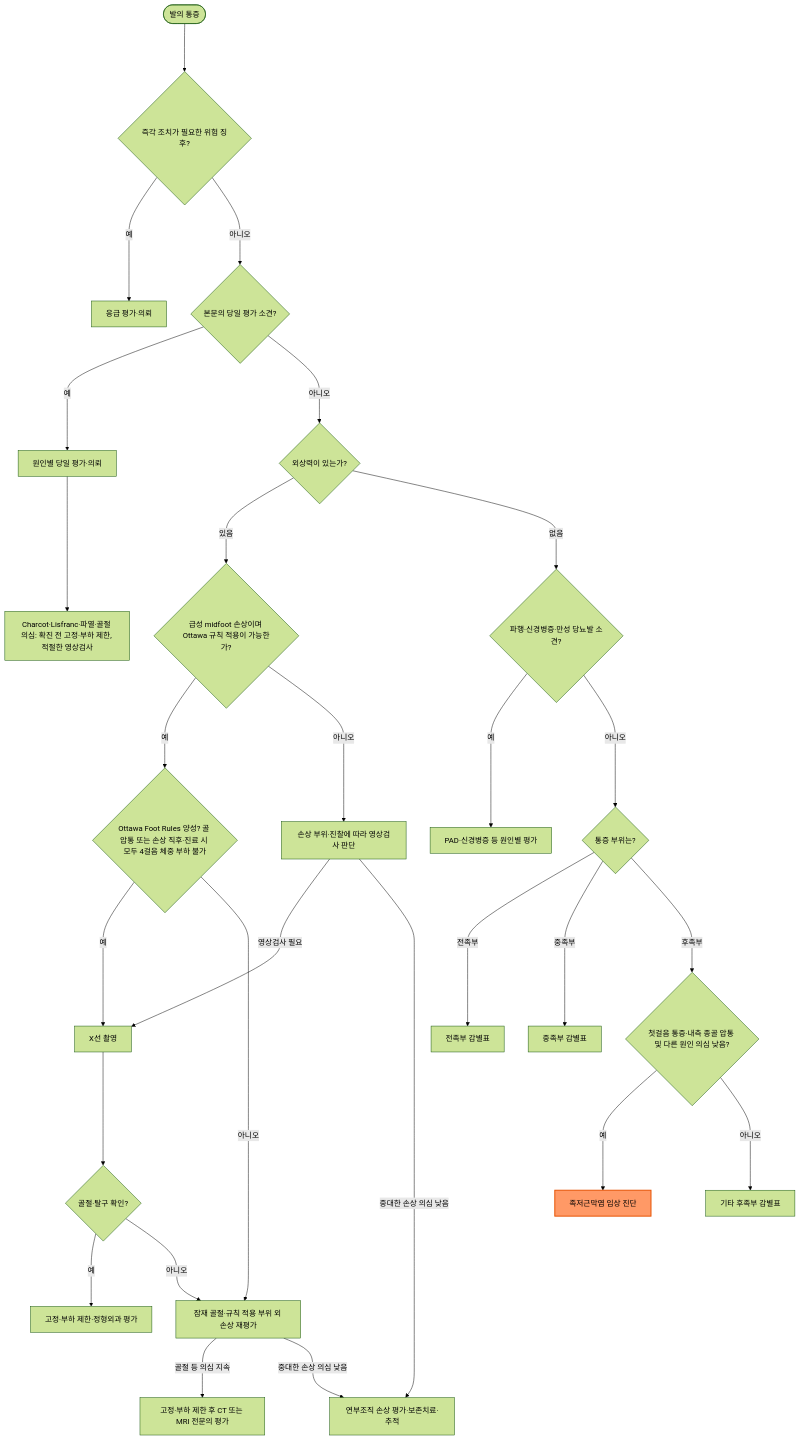
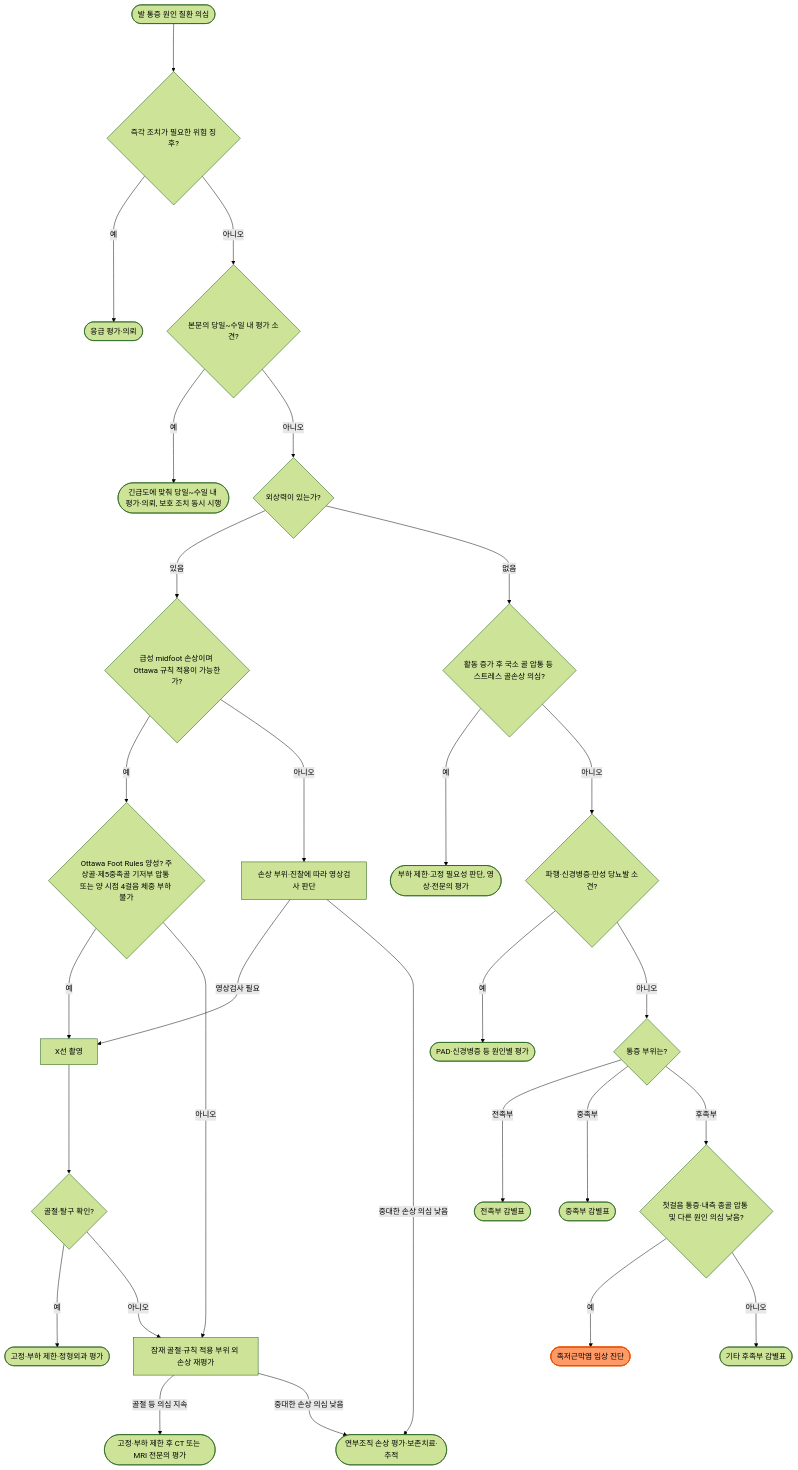
One commit to familyoh77/familyoh77 changed the diagram in 228_/146_-foot-pain.md. Above: the diagram before and after it, drawn with Mermaid (forest theme). The commit also changed other lines of this file and 7 other files, not shown here.

````diff
--- a/228_/146_-foot-pain.md
+++ b/228_/146_-foot-pain.md
@@ -221,30 +224,31 @@
 ```mermaid
 graph TD
-    Start(["발의 통증"]) ---> Red{"즉각 조치가 필요한 위험 징후?"}
-    Red -- 예 ---> Urgent["응급 평가·의뢰"]
-    Red -- 아니오 ---> Day{"본문의 당일 평가 소견?"}
-    Day -- 예 ---> DayCare["원인별 당일 평가·의뢰"]
-    DayCare ---> Protect["Charcot·Lisfranc·파열·골절 의심: 확진 전 고정·부하 제한, 적절한 영상검사"]
+    Start(["발 통증 원인 질환 의심"]) ---> Red{"즉각 조치가 필요한 위험 징후?"}
+    Red -- 예 ---> Urgent(["응급 평가·의뢰"])
+    Red -- 아니오 ---> Day{"본문의 당일~수일 내 평가 소견?"}
+    Day -- 예 ---> DayCare(["긴급도에 맞춰 당일~수일 내 평가·의뢰, 보호 조치 동시 시행"])
     Day -- 아니오 ---> Trauma{"외상력이 있는가?"}
     Trauma -- 있음 ---> TraumaEval{"급성 midfoot 손상이며 Ottawa 규칙 적용이 가능한가?"}
-    TraumaEval -- 예 ---> Ottawa{"Ottawa Foot Rules 양성? 골 압통 또는 손상 직후·진료 시 모두 4걸음 체중 부하 불가"}
+    TraumaEval -- 예 ---> Ottawa{"Ottawa Foot Rules 양성? 주상골·제5중족골 기저부 압통 또는 양 시점 4걸음 체중 부하 불가"}
     Ottawa -- 예 ---> XR["X선 촬영"]
     Ottawa -- 아니오 ---> Recheck["잠재 골절·규칙 적용 부위 외 손상 재평가"]
     TraumaEval -- 아니오 ---> Clinical["손상 부위·진찰에 따라 영상검사 판단"]
     Clinical -- 영상검사 필요 ---> XR
-    Clinical -- 중대한 손상 의심 낮음 ---> SoftTissue["연부조직 손상 평가·보존치료·추적"]
+    Clinical -- 중대한 손상 의심 낮음 ---> SoftTissue(["연부조직 손상 평가·보존치료·추적"])
     XR ---> XResult{"골절·탈구 확인?"}
-    XResult -- 예 ---> OrthoRef["고정·부하 제한·정형외과 평가"]
+    XResult -- 예 ---> OrthoRef(["고정·부하 제한·정형외과 평가"])
     XResult -- 아니오 ---> Recheck
-    Recheck -- 골절 등 의심 지속 ---> Advanced["고정·부하 제한 후 CT 또는 MRI 전문의 평가"]
+    Recheck -- 골절 등 의심 지속 ---> Advanced(["고정·부하 제한 후 CT 또는 MRI 전문의 평가"])
     Recheck -- 중대한 손상 의심 낮음 ---> SoftTissue
-    Trauma -- 없음 ---> Vascular{"파행·신경병증·만성 당뇨발 소견?"}
-    Vascular -- 예 ---> VascularEval["PAD·신경병증 등 원인별 평가"]
+    Trauma -- 없음 ---> BoneRisk{"활동 증가 후 국소 골 압통 등 스트레스 골손상 의심?"}
+    BoneRisk -- 예 ---> StressCare(["부하 제한·고정 필요성 판단, 영상·전문의 평가"])
+    BoneRisk -- 아니오 ---> Vascular{"파행·신경병증·만성 당뇨발 소견?"}
+    Vascular -- 예 ---> VascularEval(["PAD·신경병증 등 원인별 평가"])
     Vascular -- 아니오 ---> Location{"통증 부위는?"}
-    Location -- 전족부 ---> ForefootDx["전족부 감별표"]
-    Location -- 중족부 ---> MidfootDx["중족부 감별표"]
+    Location -- 전족부 ---> ForefootDx(["전족부 감별표"])
+    Location -- 중족부 ---> MidfootDx(["중족부 감별표"])
     Location -- 후족부 ---> RearfootQ{"첫걸음 통증·내측 종골 압통 및 다른 원인 의심 낮음?"}
-    RearfootQ -- 예 ---> PFDx["족저근막염 임상 진단"]
-    RearfootQ -- 아니오 ---> OtherRear["기타 후족부 감별표"]
+    RearfootQ -- 예 ---> PFDx(["족저근막염 임상 진단"])
+    RearfootQ -- 아니오 ---> OtherRear(["기타 후족부 감별표"])
     style PFDx fill:#f96,stroke:#e65100,stroke-width:2px
 ```
````
